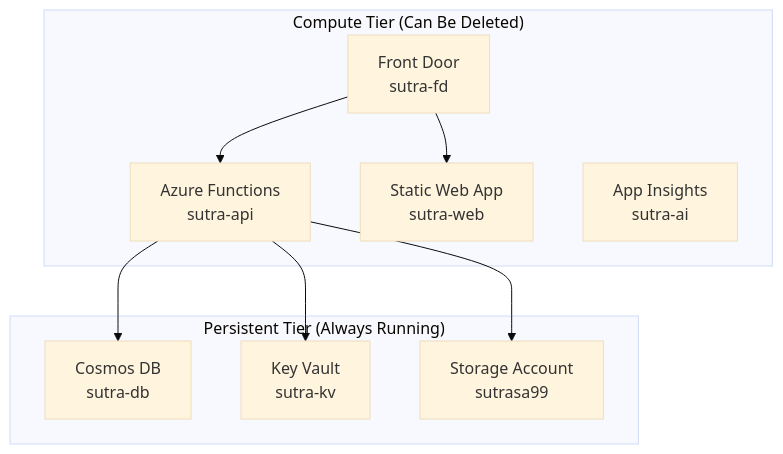
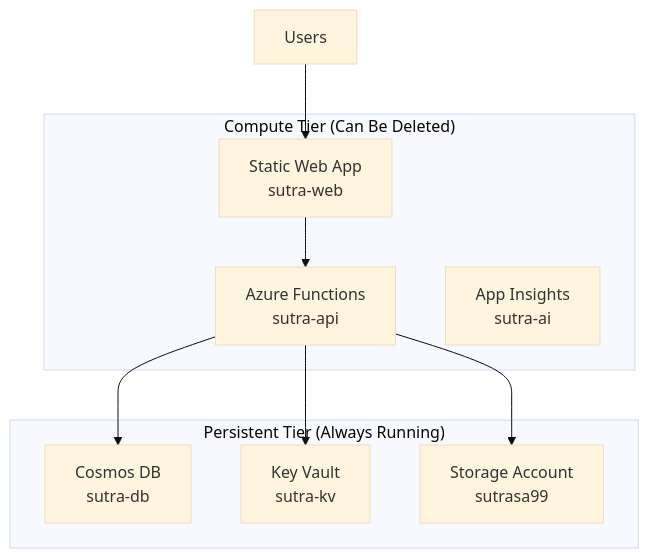
Before and after one commit to vedprakash-m/sutra: the diagram in README.md, drawn with Mermaid (base theme). The commit also changed other lines of this file and 10 other files, not shown here.

First line of the commit message:
refactor: implement direct access architecture

````diff
--- a/README.md
+++ b/README.md
@@ -50,21 +50,20 @@
 ```mermaid
 graph TB
     subgraph "Persistent Tier (Always Running)"
         DB[Cosmos DB<br/>sutra-db]
         KV[Key Vault<br/>sutra-kv]
         SA[Storage Account<br/>sutrasa99]
     end
     
     subgraph "Compute Tier (Can Be Deleted)"
         API[Azure Functions<br/>sutra-api]
         WEB[Static Web App<br/>sutra-web]
-        FD[Front Door<br/>sutra-fd]
         AI[App Insights<br/>sutra-ai]
     end
     
+    Users --> WEB
+    WEB --> API
     API --> DB
     API --> KV
     API --> SA
-    FD --> API
-    FD --> WEB
 ```
````
